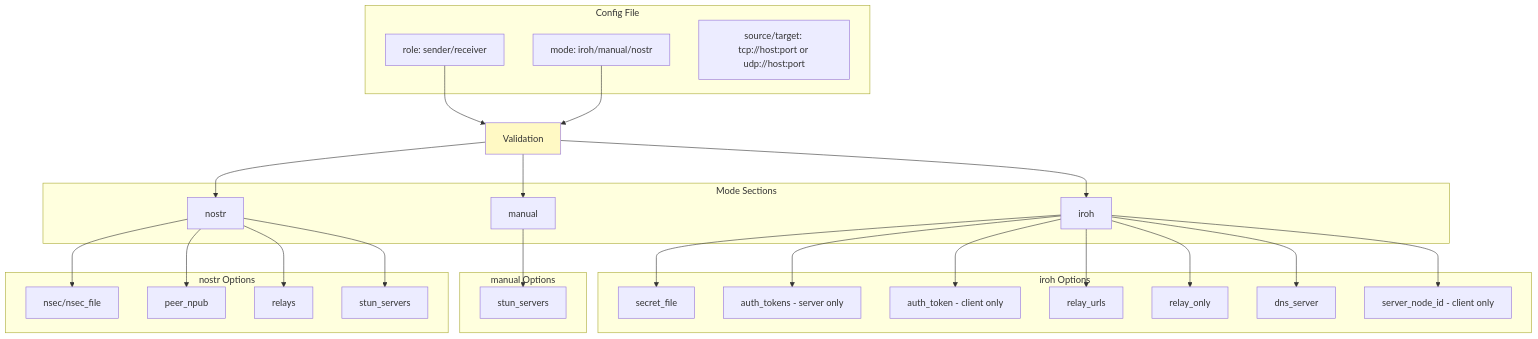
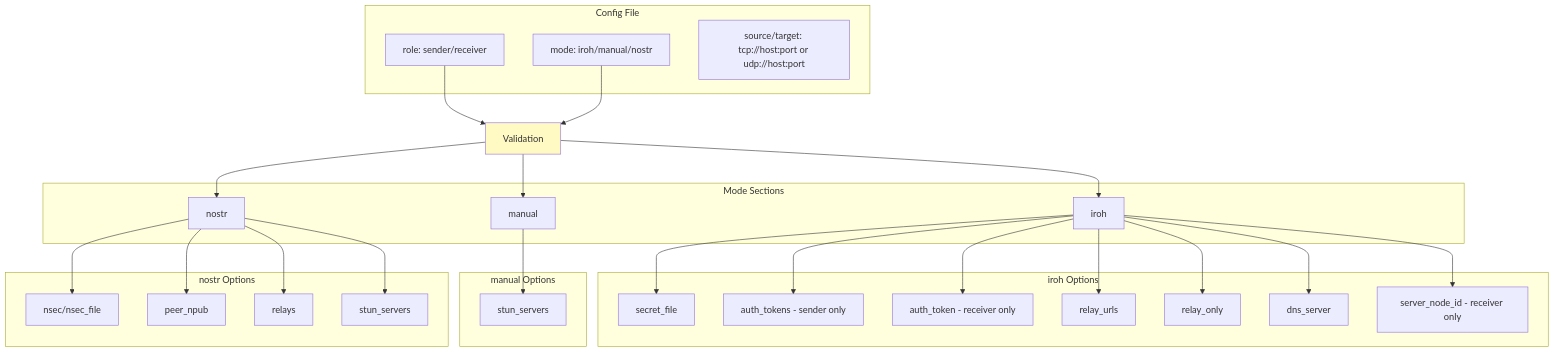
Diagram 22 of 35 in docs/ARCHITECTURE.md (andrewtheguy/vpn-rs), drawn with Mermaid before and after one commit. The commit also changed other lines of this file, not shown here.

Commit message:
feat: update architecture documentation to reflect server-client terminology and clarify operational modes

````diff
--- a/docs/ARCHITECTURE.md
+++ b/docs/ARCHITECTURE.md
@@ -944,57 +944,57 @@
 ```mermaid
 graph TB
     subgraph "Config File"
         A[role: sender/receiver]
         B[mode: iroh/manual/nostr]
         C[source/target: tcp://host:port or udp://host:port]
     end
 
     subgraph "Mode Sections"
         E[iroh]
         G[manual]
         H[nostr]
     end
 
     subgraph "iroh Options"
         I[secret_file]
-        I2[auth_tokens - server only]
-        I3[auth_token - client only]
+        I2[auth_tokens - sender only]
+        I3[auth_token - receiver only]
         J[relay_urls]
         K[relay_only]
         L[dns_server]
-        M[server_node_id - client only]
+        M[server_node_id - receiver only]
     end
 
     subgraph "manual Options"
         N[stun_servers]
     end
 
     subgraph "nostr Options"
         O[nsec/nsec_file]
         P[peer_npub]
         Q[relays]
         R[stun_servers]
     end
 
     A --> S[Validation]
     B --> S
     S --> E
     S --> G
     S --> H
 
     E --> I
     E --> I2
     E --> I3
     E --> J
     E --> K
     E --> L
     E --> M
 
     G --> N
     H --> O
     H --> P
     H --> Q
     H --> R
 
     style S fill:#FFF9C4
 ```
````
